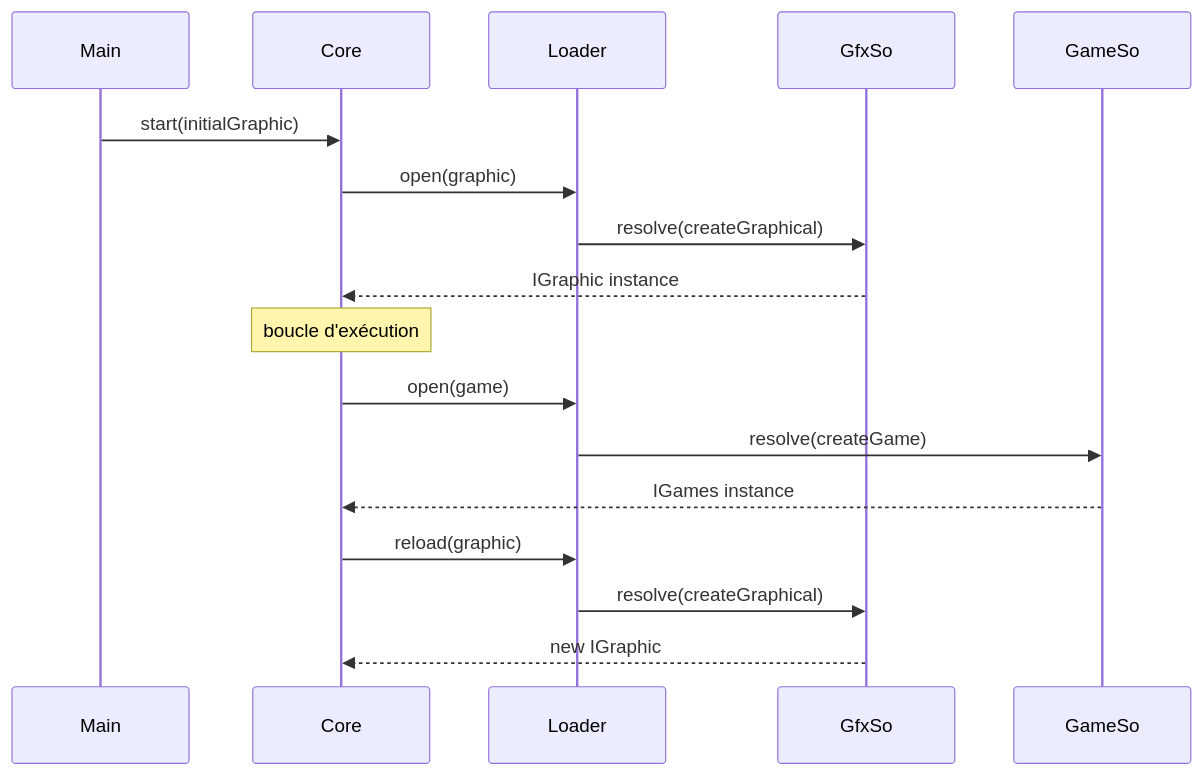
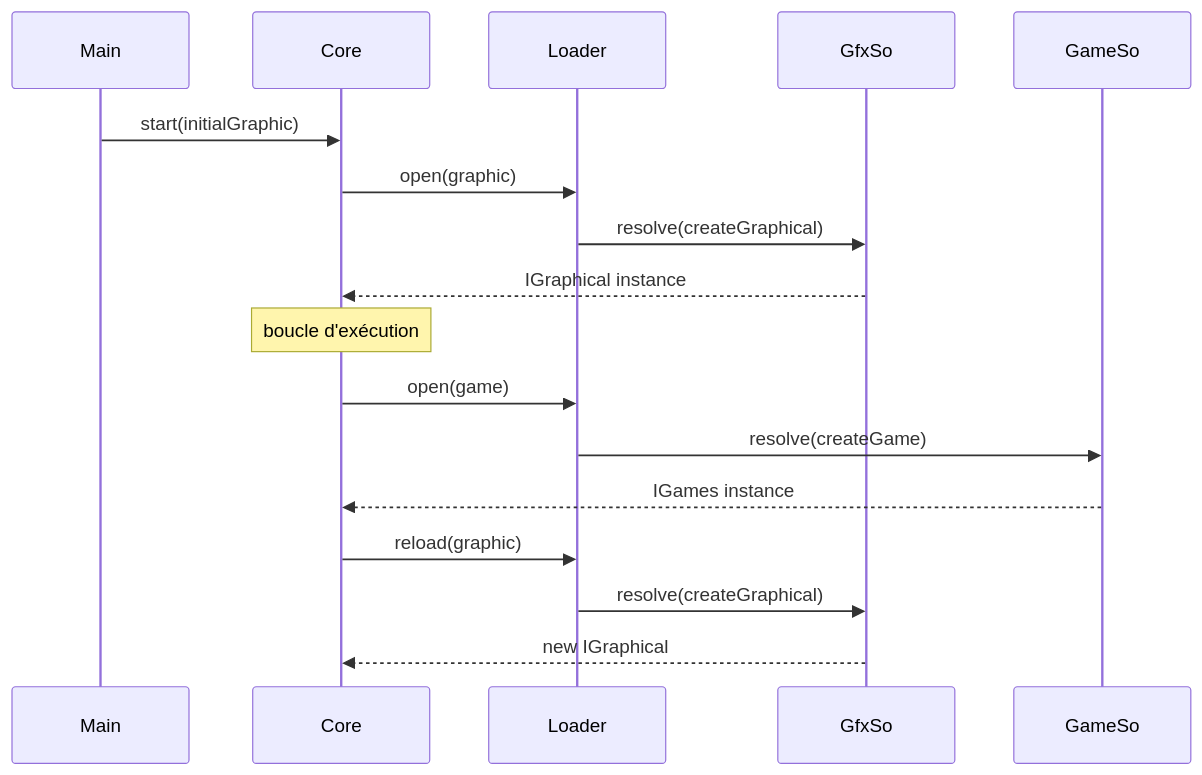
Before and after one commit to jawedlahrouri/Arcade: the fourth of 4 diagrams in doc/architecture_schema.md, drawn with Mermaid. The commit also changed other lines of this file and 17 other files, not shown here.

````diff
--- a/doc/architecture_schema.md
+++ b/doc/architecture_schema.md
@@ -68,23 +68,23 @@
 ```mermaid
 sequenceDiagram
 participant Main
 participant Core
 participant Loader
 participant GfxSo
 participant GameSo
 
 Main->>Core: start(initialGraphic)
 Core->>Loader: open(graphic)
 Loader->>GfxSo: resolve(createGraphical)
-GfxSo-->>Core: IGraphic instance
+GfxSo-->>Core: IGraphical instance
 
 Note over Core: boucle d'exécution
 
 Core->>Loader: open(game)
 Loader->>GameSo: resolve(createGame)
 GameSo-->>Core: IGames instance
 
 Core->>Loader: reload(graphic)
 Loader->>GfxSo: resolve(createGraphical)
-GfxSo-->>Core: new IGraphic
+GfxSo-->>Core: new IGraphical
 ```
````
